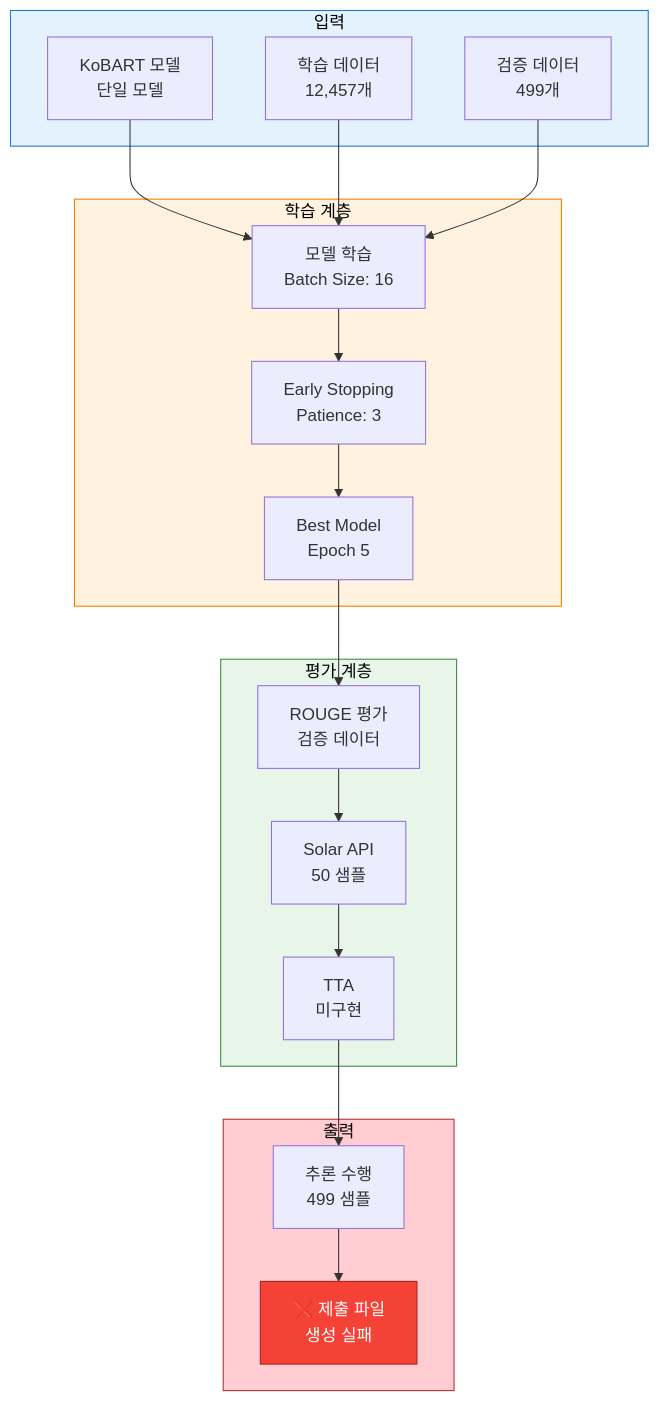
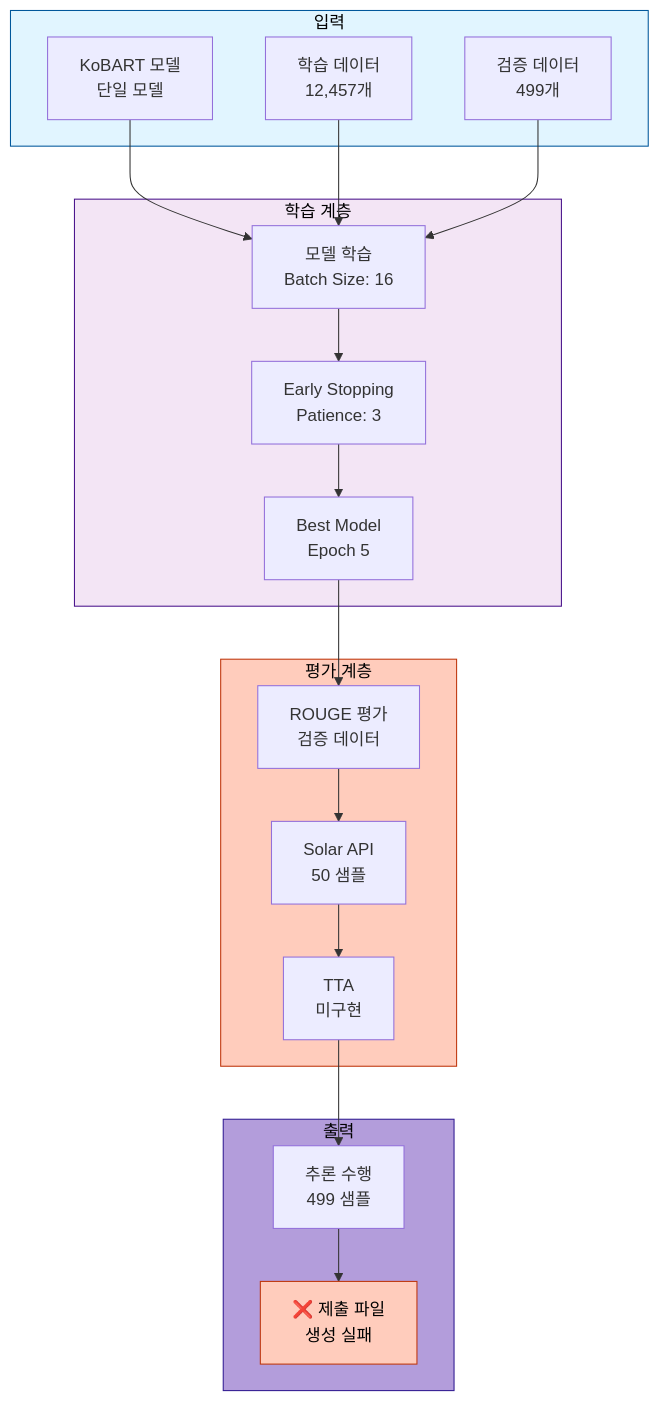
One commit to AIBootcamp14/naturallanguageprocessingcompetition-nlp-1 changed the first of 15 diagrams in docs/experiments/20251013_111525_strategy1_kobart_optimized_실험분석.md. Above: the diagram before and after it, drawn with Mermaid. The commit also changed other lines of this file and 1 other file, not shown here.

Commit message:
docs: 실험 분석 문서 mermaid 시각화 및 스타일 가이드 추가   - 기존 실험 분석 문서의 모든 mermaid 다이어그램 색상 표준화   - ROUGE 점수 비교, 훈련 시간 분석 등 7개 수치 시각화 추가   - 실험 문서 작성을 위한 종합 스타일 가이드 문서 생성   - experiments_style.md를 gitignore 예외 규칙에 추가

````diff
--- a/docs/experiments/20251013_111525_strategy1_kobart_optimized_실험분석.md
+++ b/docs/experiments/20251013_111525_strategy1_kobart_optimized_실험분석.md
@@ -25,45 +25,45 @@
 ```mermaid
 graph TB
     subgraph Input["입력"]
         A[KoBART 모델<br/>단일 모델]
         B[학습 데이터<br/>12,457개]
         C[검증 데이터<br/>499개]
     end
 
     subgraph Training["학습 계층"]
         D[모델 학습<br/>Batch Size: 16]
         E[Early Stopping<br/>Patience: 3]
         F[Best Model<br/>Epoch 5]
     end
 
     subgraph Evaluation["평가 계층"]
         G[ROUGE 평가<br/>검증 데이터]
         H[Solar API<br/>50 샘플]
         I[TTA<br/>미구현]
     end
 
     subgraph Output["출력"]
         J[추론 수행<br/>499 샘플]
         K[❌ 제출 파일<br/>생성 실패]
     end
 
     A --> D
     B --> D
     C --> D
 
     D --> E
     E --> F
     F --> G
     G --> H
     H --> I
 
     I --> J
     J --> K
 
-    style Input fill:#e3f2fd,stroke:#1976d2,color:#000
-    style Training fill:#fff3e0,stroke:#f57c00,color:#000
-    style Evaluation fill:#e8f5e9,stroke:#388e3c,color:#000
-    style Output fill:#ffcdd2,stroke:#c62828,color:#000
+    style Input fill:#e1f5ff,stroke:#01579b,color:#000
+    style Training fill:#f3e5f5,stroke:#4a148c,color:#000
+    style Evaluation fill:#ffccbc,stroke:#bf360c,color:#000
+    style Output fill:#b39ddb,stroke:#311b92,color:#000
 
-    style K fill:#f44336,stroke:#b71c1c,color:#fff
+    style K fill:#ffccbc,stroke:#bf360c,color:#000
 ```
````
